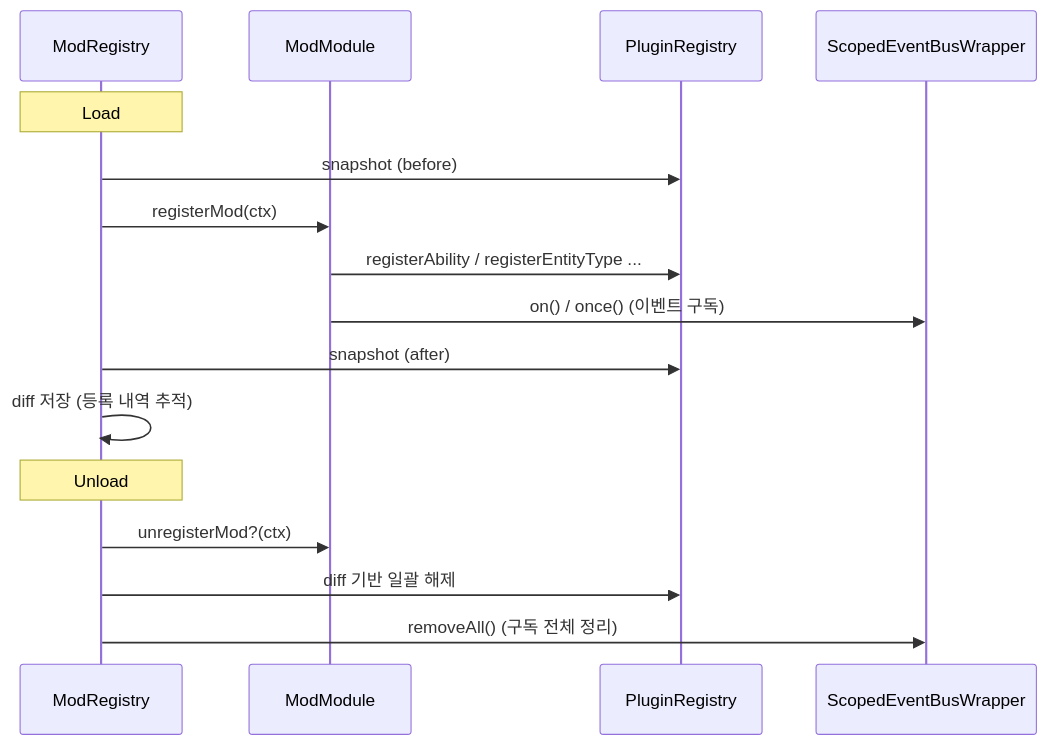
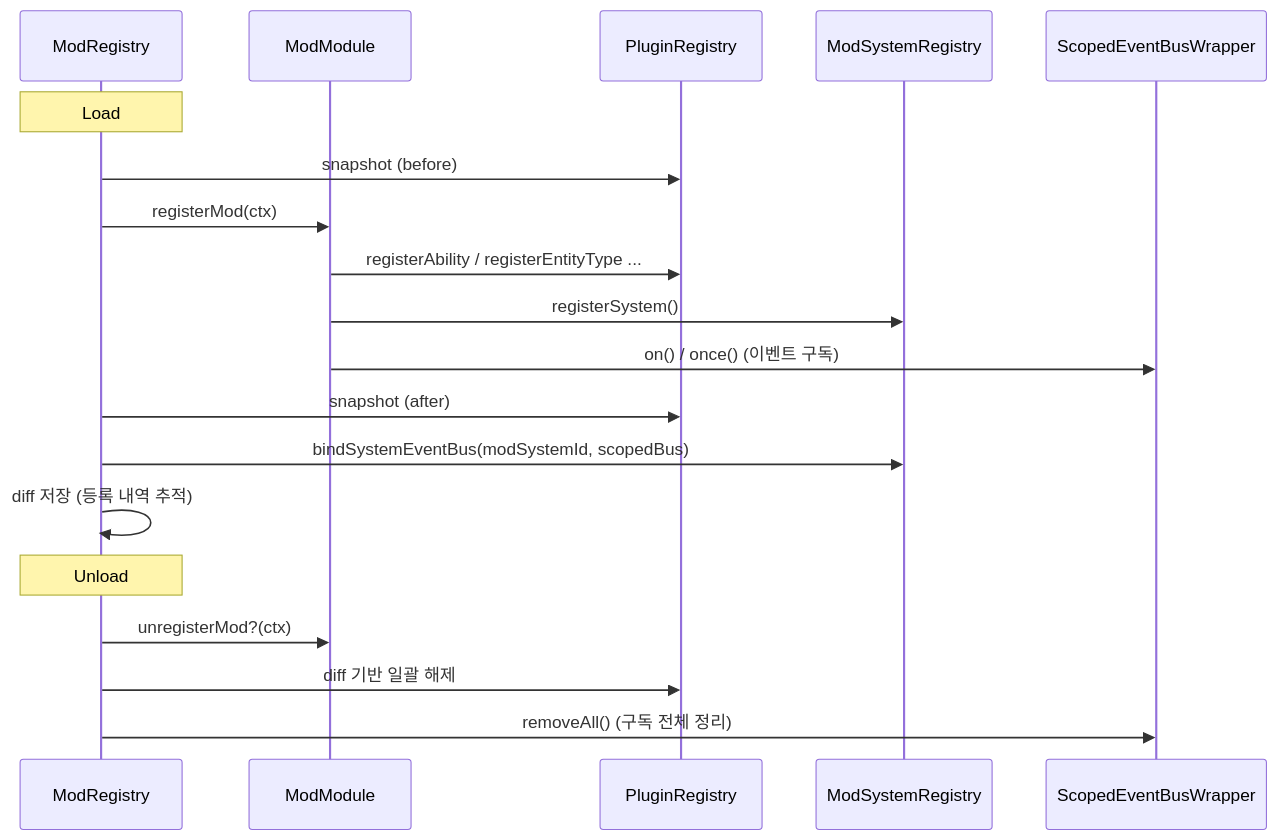
The fifth of 5 diagrams in docs/PLUGIN_ARCHITECTURE.md (nelta9x/flashead), drawn with Mermaid before and after one commit. The commit also changed other lines of this file and 11 other files, not shown here.

Commit message:
feat: enforce P2 fail-fast pipeline sync and scoped mod event bus

````diff
--- a/docs/PLUGIN_ARCHITECTURE.md
+++ b/docs/PLUGIN_ARCHITECTURE.md
@@ -292,20 +297,23 @@
 ```mermaid
 sequenceDiagram
   participant MR as ModRegistry
   participant MOD as ModModule
   participant PR as PluginRegistry
+  participant MSR as ModSystemRegistry
   participant EB as ScopedEventBusWrapper
 
   Note over MR: Load
   MR->>PR: snapshot (before)
   MR->>MOD: registerMod(ctx)
   MOD->>PR: registerAbility / registerEntityType ...
+  MOD->>MSR: registerSystem()
   MOD->>EB: on() / once() (이벤트 구독)
   MR->>PR: snapshot (after)
+  MR->>MSR: bindSystemEventBus(modSystemId, scopedBus)
   MR->>MR: diff 저장 (등록 내역 추적)
 
   Note over MR: Unload
   MR->>MOD: unregisterMod?(ctx)
   MR->>PR: diff 기반 일괄 해제
   MR->>EB: removeAll() (구독 전체 정리)
 ```
````
